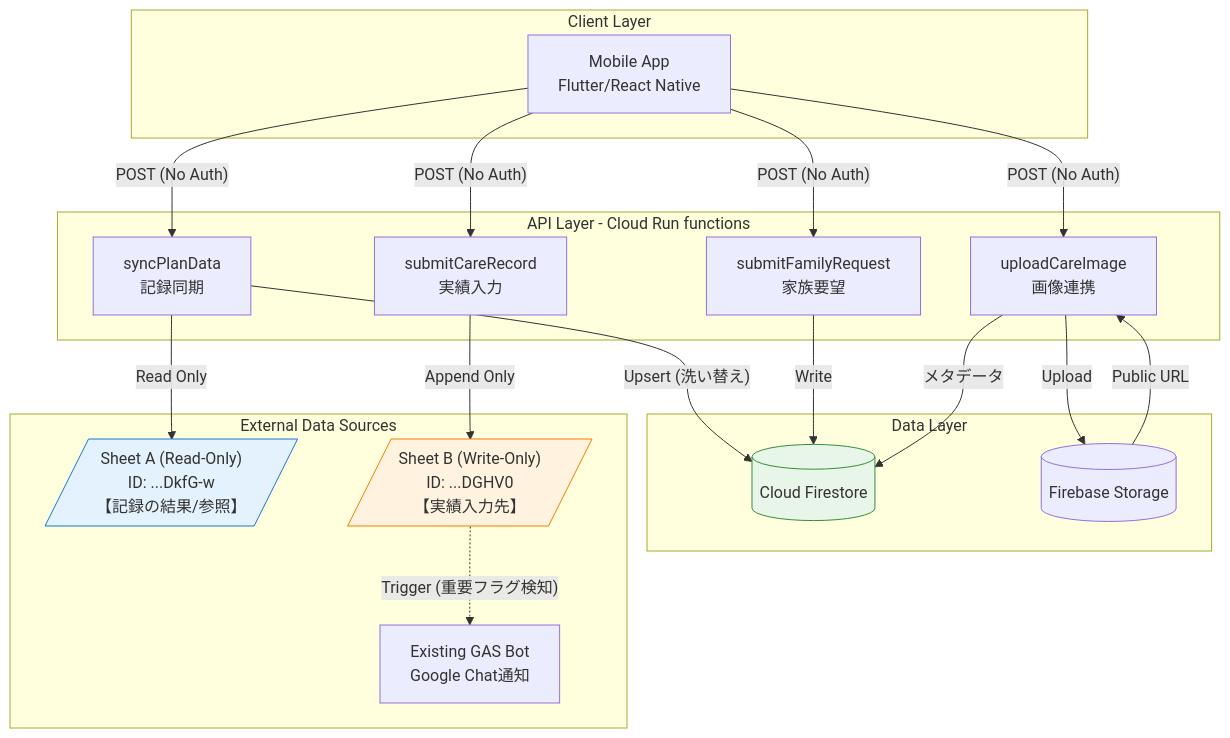
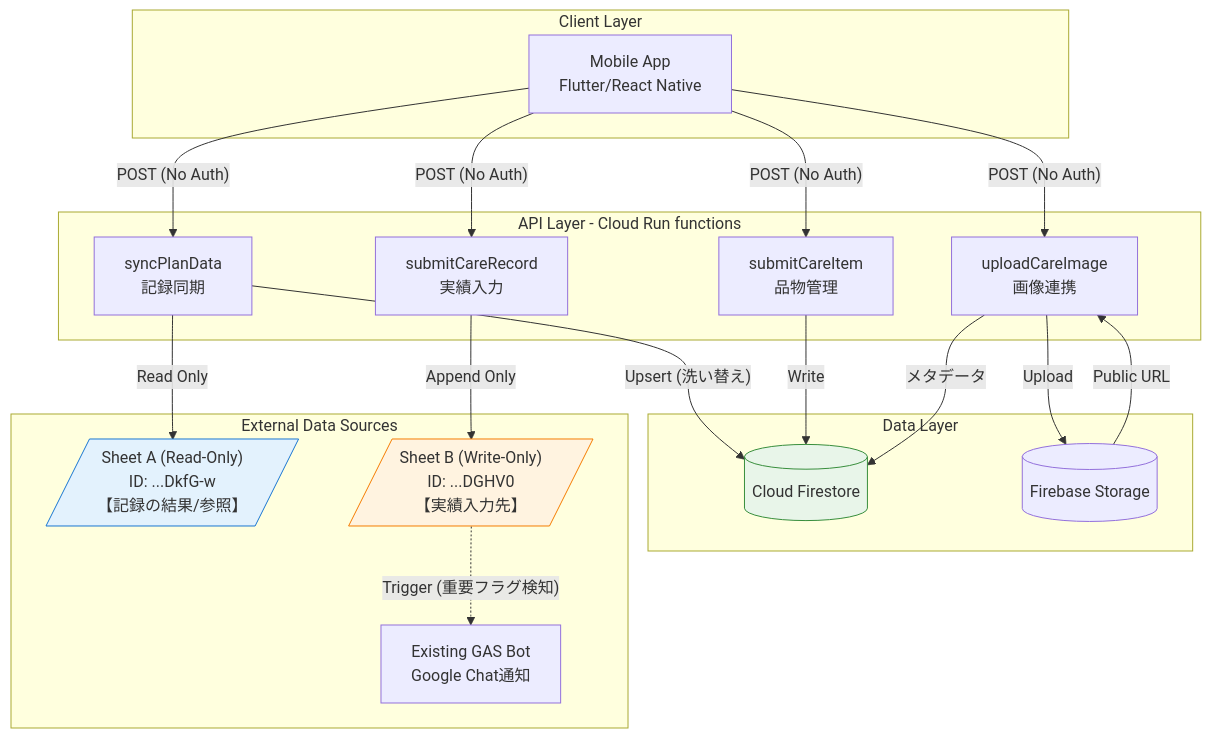
Before and after one commit to yasushihonda-acg/facility-care-input-form: the first of 2 diagrams in docs/ARCHITECTURE.md, drawn with Mermaid. The commit also changed other lines of this file and 8 other files, not shown here.

````diff
--- a/docs/ARCHITECTURE.md
+++ b/docs/ARCHITECTURE.md
@@ -133,55 +133,55 @@
 ```mermaid
 graph TD
     subgraph "Client Layer"
         APP[Mobile App<br/>Flutter/React Native]
     end
 
     subgraph "API Layer - Cloud Run functions"
         FUNC_SYNC[syncPlanData<br/>記録同期]
         FUNC_CARE[submitCareRecord<br/>実績入力]
-        FUNC_REQ[submitFamilyRequest<br/>家族要望]
+        FUNC_ITEM[submitCareItem<br/>品物管理]
         FUNC_IMG[uploadCareImage<br/>画像連携]
     end
 
     subgraph "Data Layer"
         FS[(Cloud Firestore)]
         STORAGE[(Firebase Storage)]
     end
 
     subgraph "External Data Sources"
         SHEET_A[/"Sheet A (Read-Only)<br/>ID: ...DkfG-w<br/>【記録の結果/参照】"/]
         SHEET_B[/"Sheet B (Write-Only)<br/>ID: ...DGHV0<br/>【実績入力先】"/]
         BOT[Existing GAS Bot<br/>Google Chat通知]
     end
 
     %% Client to Functions (No Auth)
     APP -->|"POST (No Auth)"| FUNC_SYNC
     APP -->|"POST (No Auth)"| FUNC_CARE
-    APP -->|"POST (No Auth)"| FUNC_REQ
+    APP -->|"POST (No Auth)"| FUNC_ITEM
     APP -->|"POST (No Auth)"| FUNC_IMG
 
     %% Flow A: Read-Only Sync
     FUNC_SYNC -->|"Read Only"| SHEET_A
     FUNC_SYNC -->|"Upsert (洗い替え)"| FS
 
     %% Flow B: Write-Only Log
     FUNC_CARE -->|"Append Only"| SHEET_B
     SHEET_B -.->|"Trigger (重要フラグ検知)"| BOT
 
-    %% Flow C: Family Request
-    FUNC_REQ -->|"Write"| FS
+    %% Flow C: Item Management
+    FUNC_ITEM -->|"Write"| FS
 
     %% Image Flow
     FUNC_IMG -->|"Upload"| STORAGE
     STORAGE -->|"Public URL"| FUNC_IMG
     FUNC_IMG -->|"メタデータ"| FS
 
     %% Styling
     classDef readonly fill:#e3f2fd,stroke:#1976d2
     classDef writeonly fill:#fff3e0,stroke:#f57c00
     classDef firestore fill:#e8f5e9,stroke:#388e3c
 
     class SHEET_A readonly
     class SHEET_B writeonly
     class FS firestore
 ```
````
